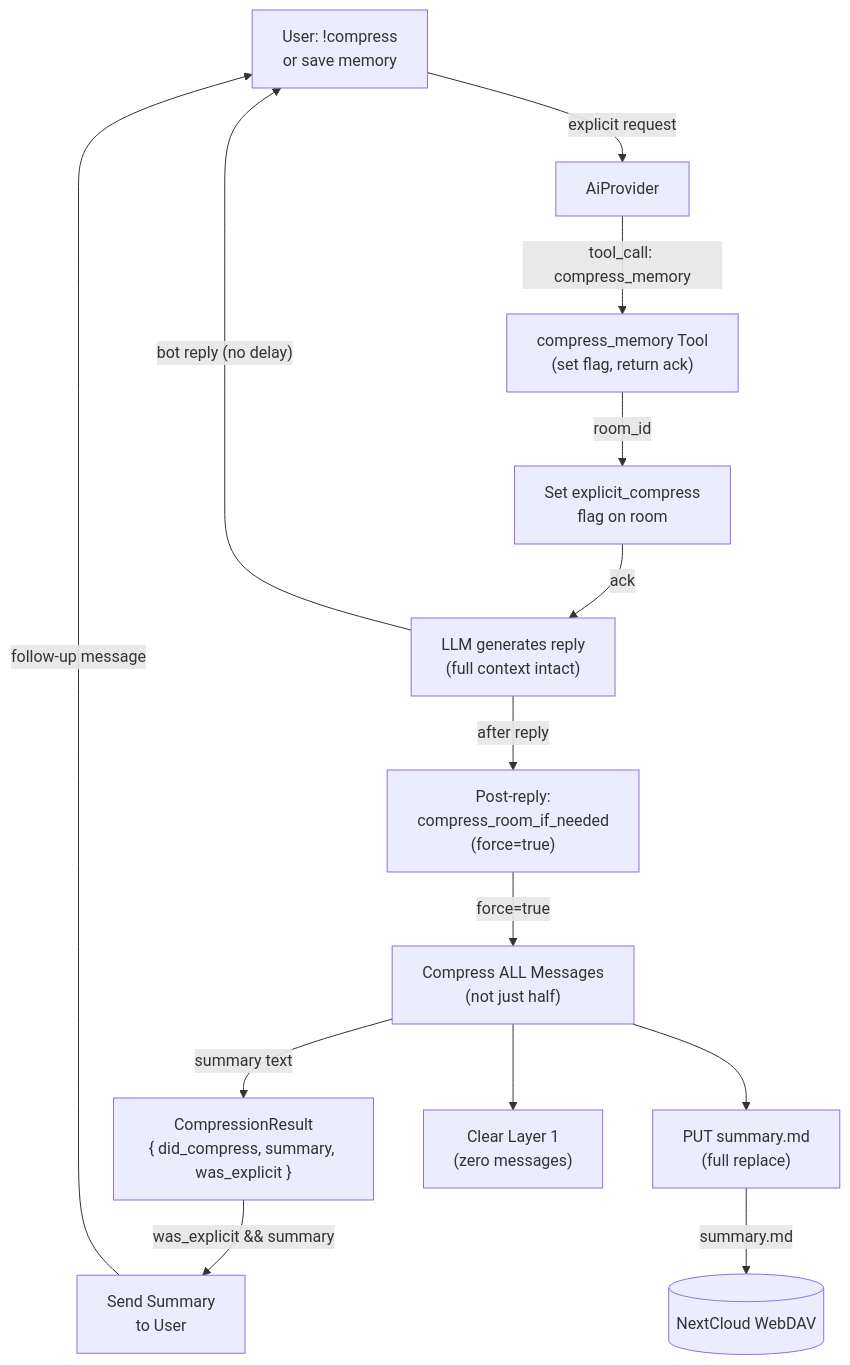
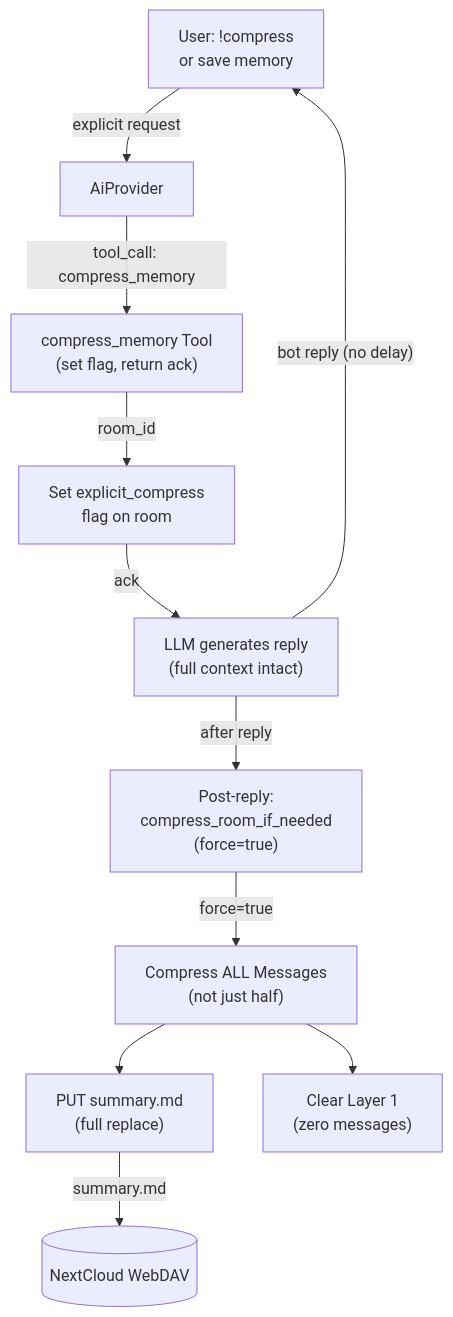
One commit to cosmoswafer/rockbot changed the third of 6 diagrams in _dfd/memory/memory-compression.md. Above: the diagram before and after it, drawn with Mermaid. The commit also changed other lines of this file and 2 other files, not shown here.

Commit message:
fix: both explicit and auto compression are silent — no follow-up message

````diff
--- a/_dfd/memory/memory-compression.md
+++ b/_dfd/memory/memory-compression.md
@@ -133,29 +133,24 @@
 ```mermaid
 flowchart TD
     USER["User: !compress<br/>or save memory"]
     AI[AiProvider]
     TOOL["compress_memory Tool<br/>(set flag, return ack)"]
     FLAG["Set explicit_compress<br/>flag on room"]
     LLM_REPLY["LLM generates reply<br/>(full context intact)"]
     POST["Post-reply:<br/>compress_room_if_needed<br/>(force=true)"]
     FULL["Compress ALL Messages<br/>(not just half)"]
-    RESULT["CompressionResult<br/>{ did_compress, summary, was_explicit }"]
     WRITE["PUT summary.md<br/>(full replace)"]
     CLEAR["Clear Layer 1<br/>(zero messages)"]
-    SEND["Send Summary<br/>to User"]
     DAV[(NextCloud WebDAV)]
 
     USER -->|"explicit request"| AI
     AI -->|"tool_call: compress_memory"| TOOL
     TOOL -->|"room_id"| FLAG
     FLAG -->|"ack"| LLM_REPLY
     LLM_REPLY -->|"bot reply (no delay)"| USER
     LLM_REPLY -->|"after reply"| POST
     POST -->|"force=true"| FULL
-    FULL -->|"summary text"| RESULT
     FULL --> WRITE
     FULL --> CLEAR
     WRITE -->|"summary.md"| DAV
-    RESULT -->|"was_explicit && summary"| SEND
-    SEND -->|"follow-up message"| USER
 ```
````
